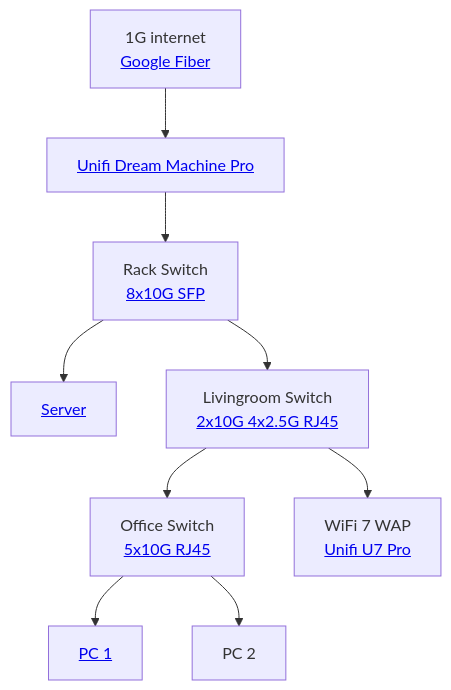
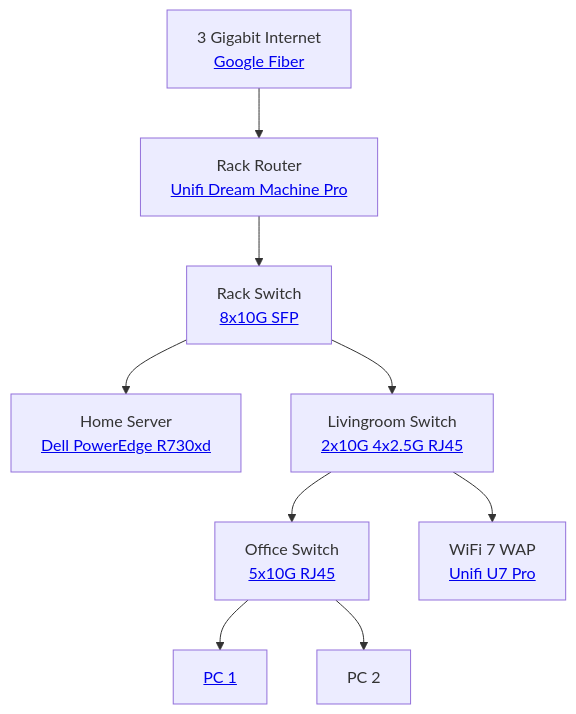
Before and after one commit to JakeJMattson/stuff: the diagram in content/docs/things/Network.md, drawn with Mermaid.

Commit message:
Update network diagram
Make nodes a consistent format and update info

````diff
--- a/content/docs/things/Network.md
+++ b/content/docs/things/Network.md
@@ -9,17 +9,17 @@
 ```mermaid
 graph TD;
-GF[1G internet<br><a href='https://fiber.google.com/'>Google Fiber</a>]-->UDMP
+GF[3 Gigabit Internet<br><a href='https://fiber.google.com/'>Google Fiber</a>]-->UDMP
 
-UDMP[<a href='https://store.ui.com/us/en/products/udm-pro'>Unifi Dream Machine Pro</a>]-->A[Rack Switch<br><a href='https://www.nicgiga.com/collections/10g-switch/products/8-port-10g-ethernet-switch'>8x10G SFP</a>]
+UDMP[Rack Router<br><a href='https://store.ui.com/us/en/products/udm-pro'>Unifi Dream Machine Pro</a>]-->A[Rack Switch<br><a href='https://www.nicgiga.com/collections/10g-switch/products/8-port-10g-ethernet-switch'>8x10G SFP</a>]
 
-A-->Z[<a href='../Server'>Server</a>]
+A-->Z[Home Server<br><a href='../Server'>Dell PowerEdge R730xd</a>]
 
 A-->B[Livingroom Switch <a href='https://www.amazon.com/dp/B09LNLMH9Y'><br>2x10G 4x2.5G RJ45</a>]
 
 B-->C[Office Switch<br><a href='https://www.nicgiga.com/collections/10g-switch/products/5-port-10g-ethernet-switch-unmanaged-with-5x-10gb-base-t-rj45-ports-nicgiga-10gbps-network-switch-easy-for-10g-nas-pc-wifi7-router-10g-adapter-nic-desktop-or-19-inch-rack-mount-plug-and-play'>5x10G RJ45</a>]
 
 B-->D[WiFi 7 WAP<br><a href='https://store.ui.com/us/en/category/all-wifi/products/u7-pro'>Unifi U7 Pro</a>]
 
 C-->Y[<a href='../PC'>PC 1</a>]
 C-->X[PC 2]
 ```
````
